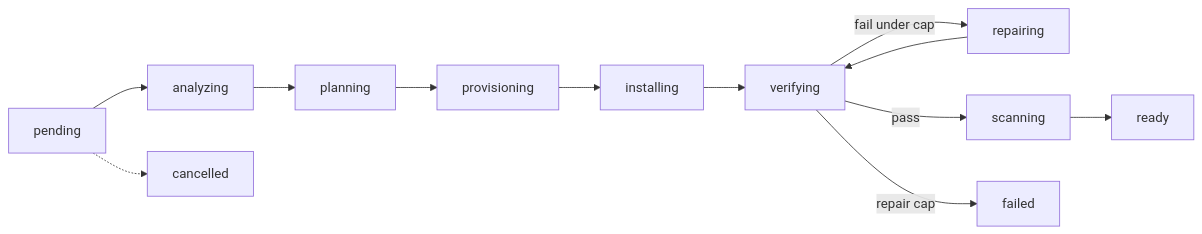
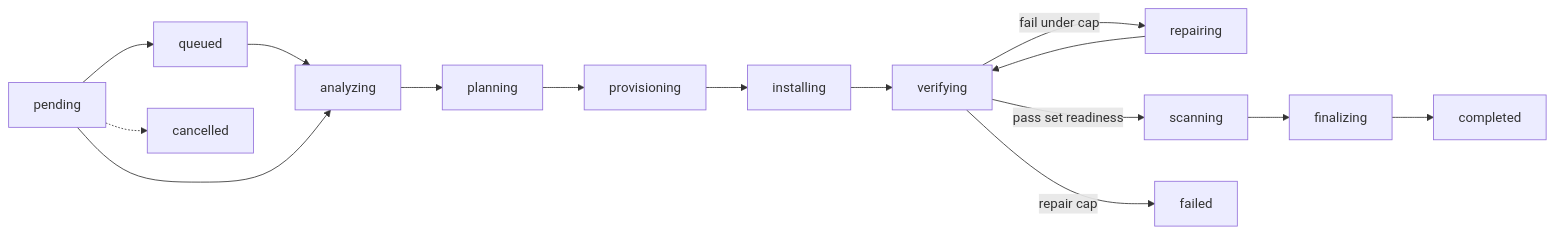
The fourth of 6 diagrams in ARCHITECTURE.md (ludvigodin/killhub), drawn with Mermaid before and after one commit. The commit also changed other lines of this file and 10 other files, not shown here.

Commit message:
Update AGENTS.md, API.md, ARCHITECTURE.md, DATABASE.md, and IMPLEMENTATION files

````diff
--- a/ARCHITECTURE.md
+++ b/ARCHITECTURE.md
@@ -242,11 +353,15 @@
 ```mermaid
 flowchart LR
-  pending --> analyzing --> planning --> provisioning --> installing
+  pending --> queued
+  queued --> analyzing
+  pending --> analyzing
+  analyzing --> planning --> provisioning --> installing
   installing --> verifying
   verifying -->|"fail under cap"| repairing
   repairing --> verifying
-  verifying -->|pass| scanning
-  scanning --> ready
+  verifying -->|pass set readiness| scanning
+  scanning --> finalizing
+  finalizing --> completed
   verifying -->|"repair cap"| failed
   pending -.-> cancelled
 ```
````
